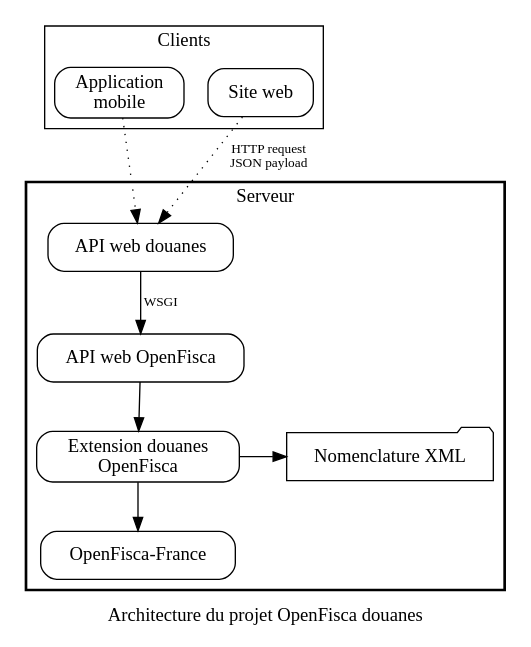
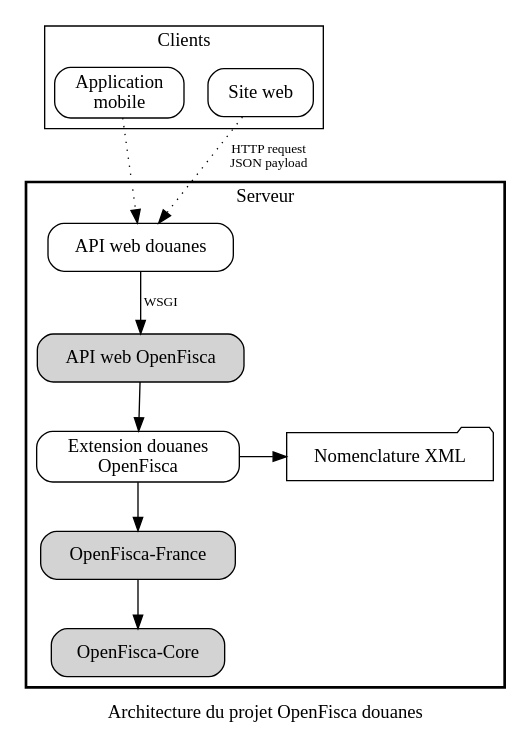
Before and after one commit to openfisca/openfisca-douanes: the diagram in notes/architecture.dot, drawn with Graphviz.

Commit message:
Update graph style

```diff
--- a/notes/architecture.dot
+++ b/notes/architecture.dot
@@ -1,31 +1,36 @@
 digraph OpenFiscaDouanes {
 
   label = "Architecture du projet OpenFisca douanes";
   node [shape = box, style = rounded];
   edge [fontsize = 10]
 
+  subgraph OpenFisca {
+    node [fillcolor = lightgray, style = "rounded,filled"];
+    of_web_api [label = "API web OpenFisca"];
+    of_france [label = "OpenFisca-France"];
+    of_core [label = "OpenFisca-Core"];
+  }
+
   douanes_web_api [label = "API web douanes"];
   mobile_app [label = "Application\nmobile"];
   nomenclature_xml [label = "Nomenclature XML", shape = folder];
   of_ext_douanes [label = "Extension douanes\nOpenFisca"];
-  of_france [label = "OpenFisca-France"];
-  of_web_api [label = "API web OpenFisca"];
   web_site [label = "Site web"];
 
   subgraph cluster_server {
     label = "Serveur";
     style = bold;
     {rank=same; of_ext_douanes nomenclature_xml};
     of_ext_douanes -> {nomenclature_xml, of_france};
     douanes_web_api -> of_web_api [label = "WSGI"];
     of_web_api -> of_ext_douanes;
+    of_france -> of_core;
   }
 
   subgraph cluster_clients {
     edge [style = dotted];
     label = "Clients";
     mobile_app -> douanes_web_api;
     web_site -> douanes_web_api [label = "HTTP request\nJSON payload"];
   }
-
 }
```
